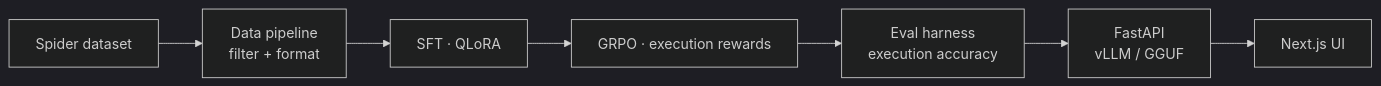
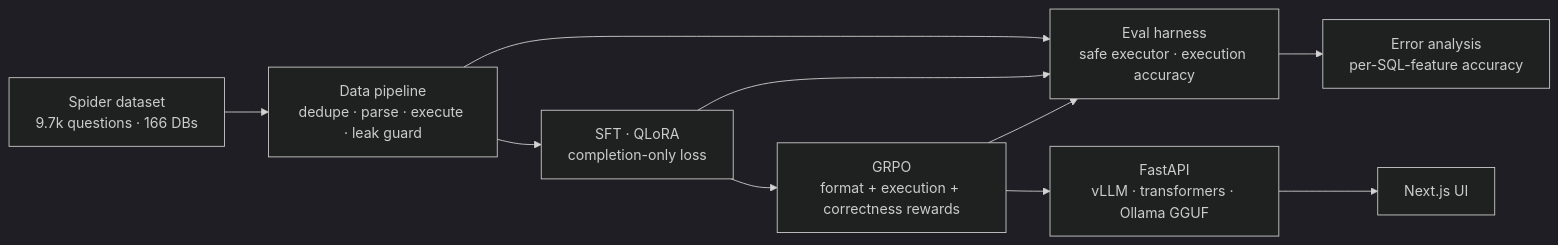
The diagram in README.md (Adityakumarjha087/SqlForgeLLM), drawn with Mermaid (dark theme) before and after one commit. The commit also changed other lines of this file and 4 other files, not shown here.

````diff
--- a/README.md
+++ b/README.md
@@ -24,9 +32,12 @@
 ```mermaid
 flowchart LR
-    A[Spider dataset] --> B[Data pipeline<br/>filter + format]
-    B --> C[SFT · QLoRA]
-    C --> D[GRPO · execution rewards]
-    D --> E[Eval harness<br/>execution accuracy]
-    E --> F[FastAPI<br/>vLLM / GGUF]
+    A[Spider dataset<br/>9.7k questions · 166 DBs] --> B[Data pipeline<br/>dedupe · parse · execute · leak guard]
+    B --> C[SFT · QLoRA<br/>completion-only loss]
+    C --> D[GRPO<br/>format + execution + correctness rewards]
+    B --> E[Eval harness<br/>safe executor · execution accuracy]
+    C --> E
+    D --> E
+    D --> F[FastAPI<br/>vLLM · transformers · Ollama GGUF]
     F --> G[Next.js UI]
+    E --> H[Error analysis<br/>per-SQL-feature accuracy]
 ```
````
